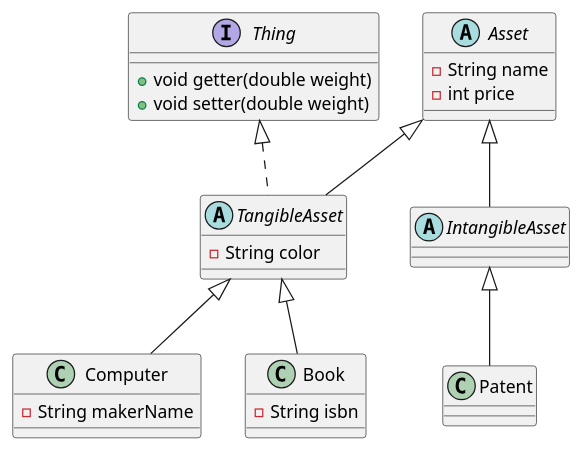
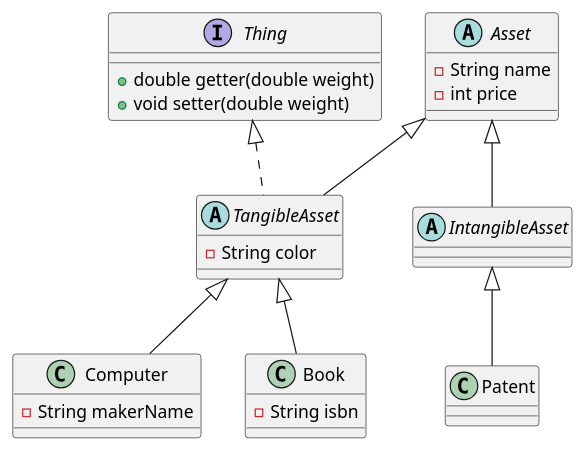
Before and after one commit to SurvivalCodingCampus/polytech_java_study: the diagram in src/main/java/com/survivalcoding/assignments_01_instance/exam01/asset/asset.puml, drawn with PlantUML.

Commit message:
changes: asset.puml

```diff
--- a/src/main/java/com/survivalcoding/assignments_01_instance/exam01/asset/asset.puml
+++ b/src/main/java/com/survivalcoding/assignments_01_instance/exam01/asset/asset.puml
@@ -1,34 +1,34 @@
 @startuml
 'https://plantuml.com/class-diagram
 
 abstract class Asset {
    - String name
    - int price
 }
 
 abstract class TangibleAsset extends Asset implements Thing {
     - String color
 }
 
 abstract class IntangibleAsset extends Asset {
 
 }
 
 class Computer extends TangibleAsset {
     - String makerName
 }
 
 class Book extends TangibleAsset {
     - String isbn
 }
 
 class Patent extends IntangibleAsset {
 
 }
 
 interface Thing {
-    + void getter(double weight)
+    + double getter(double weight)
     + void setter(double weight)
 }
 
 @enduml
```
